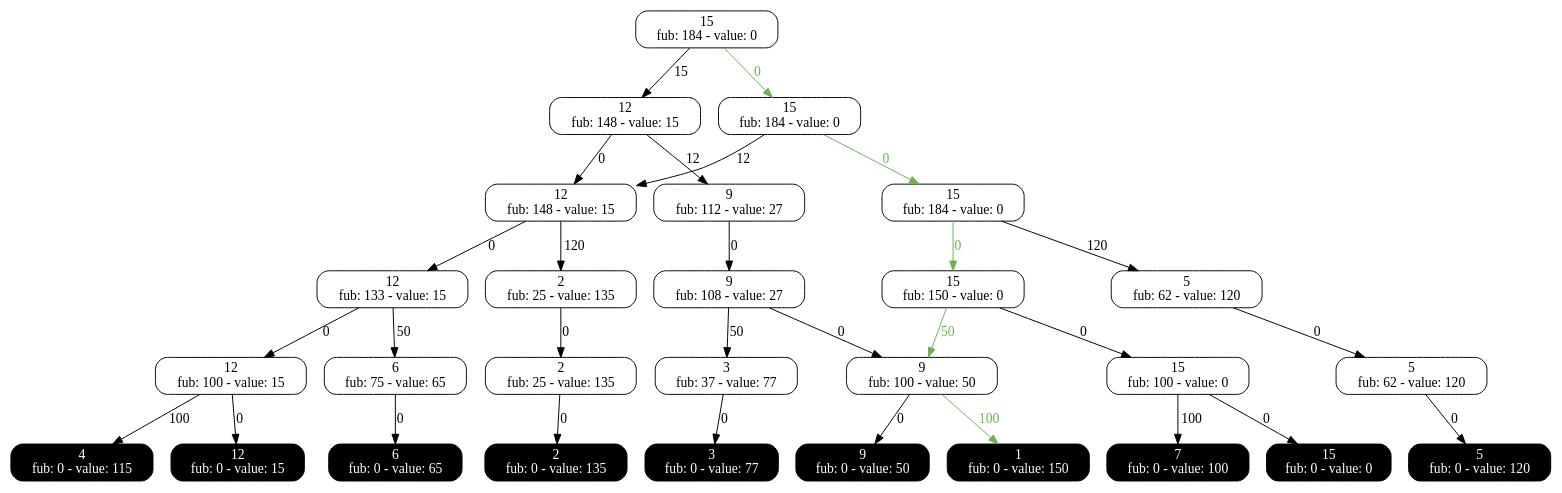
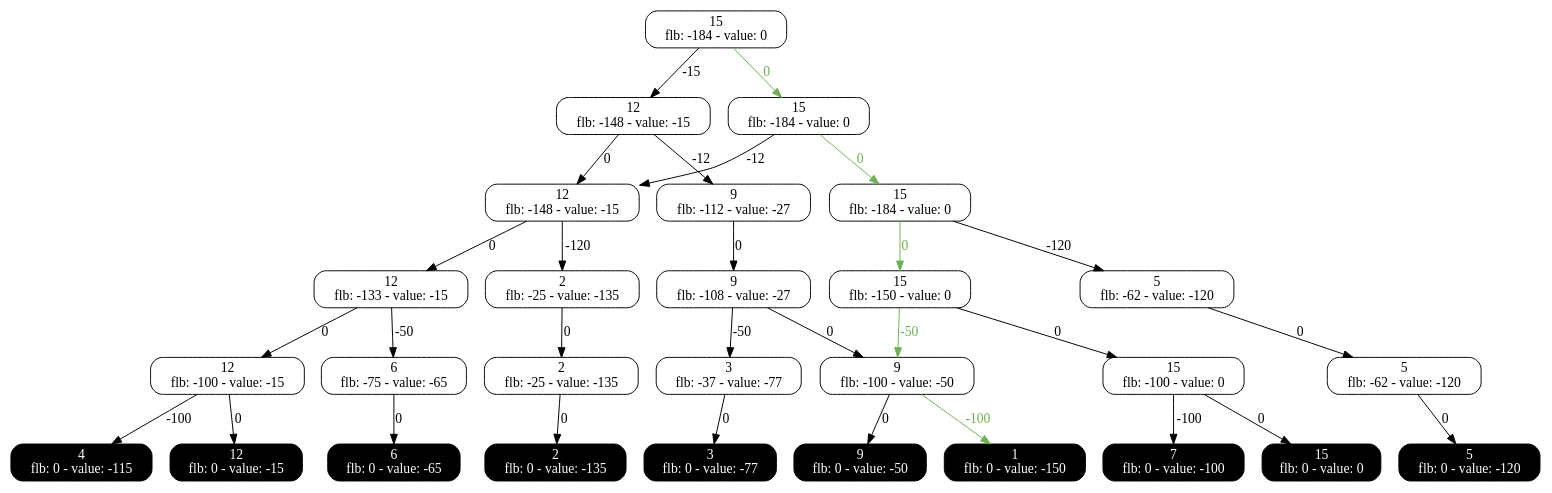
The diagram in output/KS_exact.dot (DDOLIB-CETIC-UCL/DDOLib), drawn with Graphviz before and after one commit. The commit also changed 5 other files, not shown here.

```diff
--- a/output/KS_exact.dot
+++ b/output/KS_exact.dot
@@ -1,87 +1,87 @@
 digraph exact{
 0 [label="15
-fub: 184 - value: 0", style=rounded, shape=rectangle, tooltip="Exact node"];
+flb: -184 - value: 0", style=rounded, shape=rectangle, tooltip="Exact node"];
 1 [label="12
-fub: 148 - value: 15", style=rounded, shape=rectangle, tooltip="Exact node"];
+flb: -148 - value: -15", style=rounded, shape=rectangle, tooltip="Exact node"];
 2 [label="15
-fub: 184 - value: 0", style=rounded, shape=rectangle, tooltip="Exact node"];
+flb: -184 - value: 0", style=rounded, shape=rectangle, tooltip="Exact node"];
 3 [label="9
-fub: 112 - value: 27", style=rounded, shape=rectangle, tooltip="Exact node"];
+flb: -112 - value: -27", style=rounded, shape=rectangle, tooltip="Exact node"];
 4 [label="12
-fub: 148 - value: 15", style=rounded, shape=rectangle, tooltip="Exact node"];
+flb: -148 - value: -15", style=rounded, shape=rectangle, tooltip="Exact node"];
 5 [label="15
-fub: 184 - value: 0", style=rounded, shape=rectangle, tooltip="Exact node"];
+flb: -184 - value: 0", style=rounded, shape=rectangle, tooltip="Exact node"];
 7 [label="2
-fub: 25 - value: 135", style=rounded, shape=rectangle, tooltip="Exact node"];
+flb: -25 - value: -135", style=rounded, shape=rectangle, tooltip="Exact node"];
 9 [label="5
-fub: 62 - value: 120", style=rounded, shape=rectangle, tooltip="Exact node"];
+flb: -62 - value: -120", style=rounded, shape=rectangle, tooltip="Exact node"];
 6 [label="9
-fub: 108 - value: 27", style=rounded, shape=rectangle, tooltip="Exact node"];
+flb: -108 - value: -27", style=rounded, shape=rectangle, tooltip="Exact node"];
 8 [label="12
-fub: 133 - value: 15", style=rounded, shape=rectangle, tooltip="Exact node"];
+flb: -133 - value: -15", style=rounded, shape=rectangle, tooltip="Exact node"];
 10 [label="15
-fub: 150 - value: 0", style=rounded, shape=rectangle, tooltip="Exact node"];
+flb: -150 - value: 0", style=rounded, shape=rectangle, tooltip="Exact node"];
 11 [label="2
-fub: 25 - value: 135", style=rounded, shape=rectangle, tooltip="Exact node"];
+flb: -25 - value: -135", style=rounded, shape=rectangle, tooltip="Exact node"];
 13 [label="3
-fub: 37 - value: 77", style=rounded, shape=rectangle, tooltip="Exact node"];
+flb: -37 - value: -77", style=rounded, shape=rectangle, tooltip="Exact node"];
 12 [label="5
-fub: 62 - value: 120", style=rounded, shape=rectangle, tooltip="Exact node"];
+flb: -62 - value: -120", style=rounded, shape=rectangle, tooltip="Exact node"];
 15 [label="6
-fub: 75 - value: 65", style=rounded, shape=rectangle, tooltip="Exact node"];
+flb: -75 - value: -65", style=rounded, shape=rectangle, tooltip="Exact node"];
 14 [label="9
-fub: 100 - value: 50", style=rounded, shape=rectangle, tooltip="Exact node"];
+flb: -100 - value: -50", style=rounded, shape=rectangle, tooltip="Exact node"];
 16 [label="12
-fub: 100 - value: 15", style=rounded, shape=rectangle, tooltip="Exact node"];
+flb: -100 - value: -15", style=rounded, shape=rectangle, tooltip="Exact node"];
 17 [label="15
-fub: 100 - value: 0", style=rounded, shape=rectangle, tooltip="Exact node"];
+flb: -100 - value: 0", style=rounded, shape=rectangle, tooltip="Exact node"];
 22 [label="1
-fub: 0 - value: 150", style=rounded, shape=rectangle, tooltip="Exact node", style="filled, rounded", shape=rectangle, color=black, fontcolor=white, tooltip="Terminal node"];
+flb: 0 - value: -150", style=rounded, shape=rectangle, tooltip="Exact node", style="filled, rounded", shape=rectangle, color=black, fontcolor=white, tooltip="Terminal node"];
 18 [label="2
-fub: 0 - value: 135", style=rounded, shape=rectangle, tooltip="Exact node", style="filled, rounded", shape=rectangle, color=black, fontcolor=white, tooltip="Terminal node"];
+flb: 0 - value: -135", style=rounded, shape=rectangle, tooltip="Exact node", style="filled, rounded", shape=rectangle, color=black, fontcolor=white, tooltip="Terminal node"];
 19 [label="3
-fub: 0 - value: 77", style=rounded, shape=rectangle, tooltip="Exact node", style="filled, rounded", shape=rectangle, color=black, fontcolor=white, tooltip="Terminal node"];
+flb: 0 - value: -77", style=rounded, shape=rectangle, tooltip="Exact node", style="filled, rounded", shape=rectangle, color=black, fontcolor=white, tooltip="Terminal node"];
 24 [label="4
-fub: 0 - value: 115", style=rounded, shape=rectangle, tooltip="Exact node", style="filled, rounded", shape=rectangle, color=black, fontcolor=white, tooltip="Terminal node"];
+flb: 0 - value: -115", style=rounded, shape=rectangle, tooltip="Exact node", style="filled, rounded", shape=rectangle, color=black, fontcolor=white, tooltip="Terminal node"];
 20 [label="5
-fub: 0 - value: 120", style=rounded, shape=rectangle, tooltip="Exact node", style="filled, rounded", shape=rectangle, color=black, fontcolor=white, tooltip="Terminal node"];
+flb: 0 - value: -120", style=rounded, shape=rectangle, tooltip="Exact node", style="filled, rounded", shape=rectangle, color=black, fontcolor=white, tooltip="Terminal node"];
 21 [label="6
-fub: 0 - value: 65", style=rounded, shape=rectangle, tooltip="Exact node", style="filled, rounded", shape=rectangle, color=black, fontcolor=white, tooltip="Terminal node"];
+flb: 0 - value: -65", style=rounded, shape=rectangle, tooltip="Exact node", style="filled, rounded", shape=rectangle, color=black, fontcolor=white, tooltip="Terminal node"];
 26 [label="7
-fub: 0 - value: 100", style=rounded, shape=rectangle, tooltip="Exact node", style="filled, rounded", shape=rectangle, color=black, fontcolor=white, tooltip="Terminal node"];
+flb: 0 - value: -100", style=rounded, shape=rectangle, tooltip="Exact node", style="filled, rounded", shape=rectangle, color=black, fontcolor=white, tooltip="Terminal node"];
 23 [label="9
-fub: 0 - value: 50", style=rounded, shape=rectangle, tooltip="Exact node", style="filled, rounded", shape=rectangle, color=black, fontcolor=white, tooltip="Terminal node"];
+flb: 0 - value: -50", style=rounded, shape=rectangle, tooltip="Exact node", style="filled, rounded", shape=rectangle, color=black, fontcolor=white, tooltip="Terminal node"];
 25 [label="12
-fub: 0 - value: 15", style=rounded, shape=rectangle, tooltip="Exact node", style="filled, rounded", shape=rectangle, color=black, fontcolor=white, tooltip="Terminal node"];
+flb: 0 - value: -15", style=rounded, shape=rectangle, tooltip="Exact node", style="filled, rounded", shape=rectangle, color=black, fontcolor=white, tooltip="Terminal node"];
 27 [label="15
-fub: 0 - value: 0", style=rounded, shape=rectangle, tooltip="Exact node", style="filled, rounded", shape=rectangle, color=black, fontcolor=white, tooltip="Terminal node"];
+flb: 0 - value: 0", style=rounded, shape=rectangle, tooltip="Exact node", style="filled, rounded", shape=rectangle, color=black, fontcolor=white, tooltip="Terminal node"];
+10 -> 14 [label=-50, tooltip="Decision: assign 1 to var 3", color="#6fb052", fontcolor="#6fb052"];
+14 -> 22 [label=-100, tooltip="Decision: assign 1 to var 4", color="#6fb052", fontcolor="#6fb052"];
+11 -> 18 [label=0, tooltip="Decision: assign 0 to var 4"];
+12 -> 20 [label=0, tooltip="Decision: assign 0 to var 4"];
+8 -> 15 [label=-50, tooltip="Decision: assign 1 to var 3"];
+6 -> 14 [label=0, tooltip="Decision: assign 0 to var 3"];
+13 -> 19 [label=0, tooltip="Decision: assign 0 to var 4"];
+4 -> 8 [label=0, tooltip="Decision: assign 0 to var 2"];
+16 -> 25 [label=0, tooltip="Decision: assign 0 to var 4"];
 3 -> 6 [label=0, tooltip="Decision: assign 0 to var 2"];
-2 -> 4 [label=12, tooltip="Decision: assign 1 to var 1"];
+5 -> 10 [label=0, tooltip="Decision: assign 0 to var 2", color="#6fb052", fontcolor="#6fb052"];
+16 -> 24 [label=-100, tooltip="Decision: assign 1 to var 4"];
+1 -> 3 [label=-12, tooltip="Decision: assign 1 to var 1"];
+10 -> 17 [label=0, tooltip="Decision: assign 0 to var 3"];
+4 -> 7 [label=-120, tooltip="Decision: assign 1 to var 2"];
+9 -> 12 [label=0, tooltip="Decision: assign 0 to var 3"];
+7 -> 11 [label=0, tooltip="Decision: assign 0 to var 3"];
 0 -> 2 [label=0, tooltip="Decision: assign 0 to var 0", color="#6fb052", fontcolor="#6fb052"];
+1 -> 4 [label=0, tooltip="Decision: assign 0 to var 1"];
+2 -> 5 [label=0, tooltip="Decision: assign 0 to var 1", color="#6fb052", fontcolor="#6fb052"];
+6 -> 13 [label=-50, tooltip="Decision: assign 1 to var 3"];
+17 -> 26 [label=-100, tooltip="Decision: assign 1 to var 4"];
+2 -> 4 [label=-12, tooltip="Decision: assign 1 to var 1"];
+14 -> 23 [label=0, tooltip="Decision: assign 0 to var 4"];
+0 -> 1 [label=-15, tooltip="Decision: assign 1 to var 0"];
+15 -> 21 [label=0, tooltip="Decision: assign 0 to var 4"];
 17 -> 27 [label=0, tooltip="Decision: assign 0 to var 4"];
-1 -> 4 [label=0, tooltip="Decision: assign 0 to var 1"];
-12 -> 20 [label=0, tooltip="Decision: assign 0 to var 4"];
-4 -> 7 [label=120, tooltip="Decision: assign 1 to var 2"];
-16 -> 24 [label=100, tooltip="Decision: assign 1 to var 4"];
-15 -> 21 [label=0, tooltip="Decision: assign 0 to var 4"];
-10 -> 14 [label=50, tooltip="Decision: assign 1 to var 3", color="#6fb052", fontcolor="#6fb052"];
-0 -> 1 [label=15, tooltip="Decision: assign 1 to var 0"];
-1 -> 3 [label=12, tooltip="Decision: assign 1 to var 1"];
-4 -> 8 [label=0, tooltip="Decision: assign 0 to var 2"];
-11 -> 18 [label=0, tooltip="Decision: assign 0 to var 4"];
-16 -> 25 [label=0, tooltip="Decision: assign 0 to var 4"];
-17 -> 26 [label=100, tooltip="Decision: assign 1 to var 4"];
-6 -> 14 [label=0, tooltip="Decision: assign 0 to var 3"];
 8 -> 16 [label=0, tooltip="Decision: assign 0 to var 3"];
-14 -> 22 [label=100, tooltip="Decision: assign 1 to var 4", color="#6fb052", fontcolor="#6fb052"];
-14 -> 23 [label=0, tooltip="Decision: assign 0 to var 4"];
-7 -> 11 [label=0, tooltip="Decision: assign 0 to var 3"];
-10 -> 17 [label=0, tooltip="Decision: assign 0 to var 3"];
-8 -> 15 [label=50, tooltip="Decision: assign 1 to var 3"];
-2 -> 5 [label=0, tooltip="Decision: assign 0 to var 1", color="#6fb052", fontcolor="#6fb052"];
-9 -> 12 [label=0, tooltip="Decision: assign 0 to var 3"];
-5 -> 9 [label=120, tooltip="Decision: assign 1 to var 2"];
-6 -> 13 [label=50, tooltip="Decision: assign 1 to var 3"];
-13 -> 19 [label=0, tooltip="Decision: assign 0 to var 4"];
-5 -> 10 [label=0, tooltip="Decision: assign 0 to var 2", color="#6fb052", fontcolor="#6fb052"];
+5 -> 9 [label=-120, tooltip="Decision: assign 1 to var 2"];
 }
```
